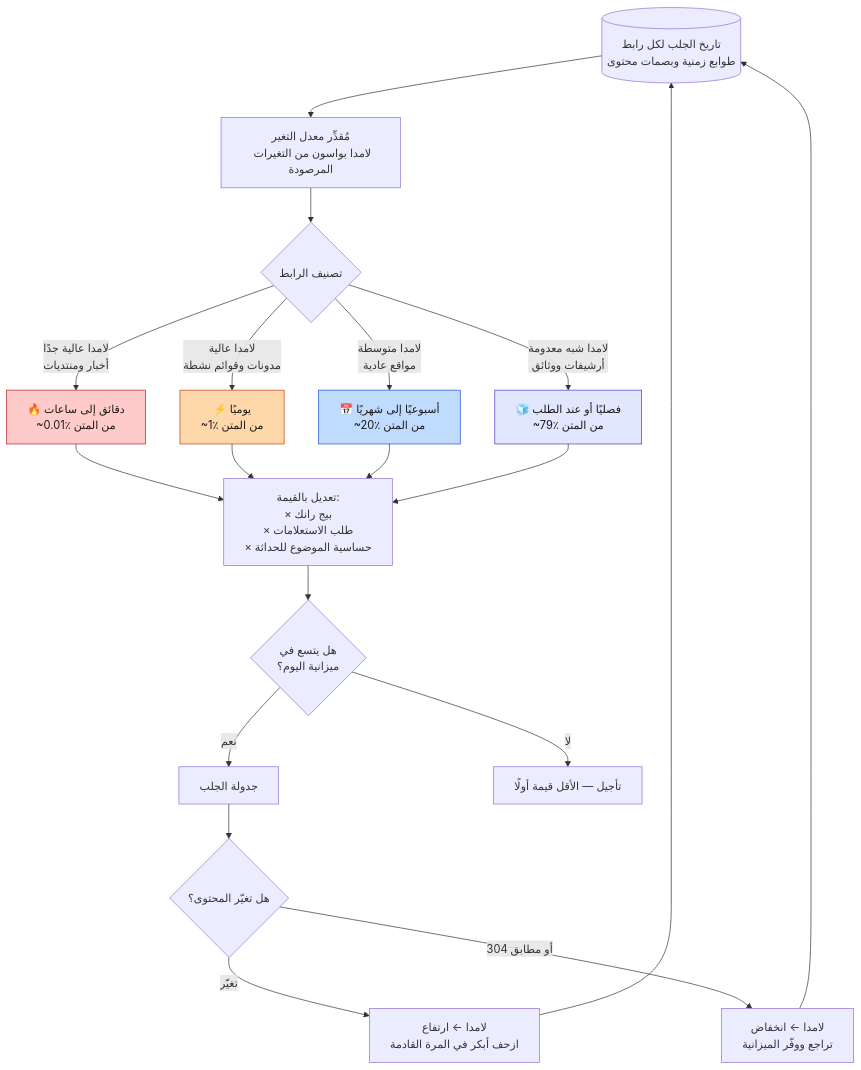
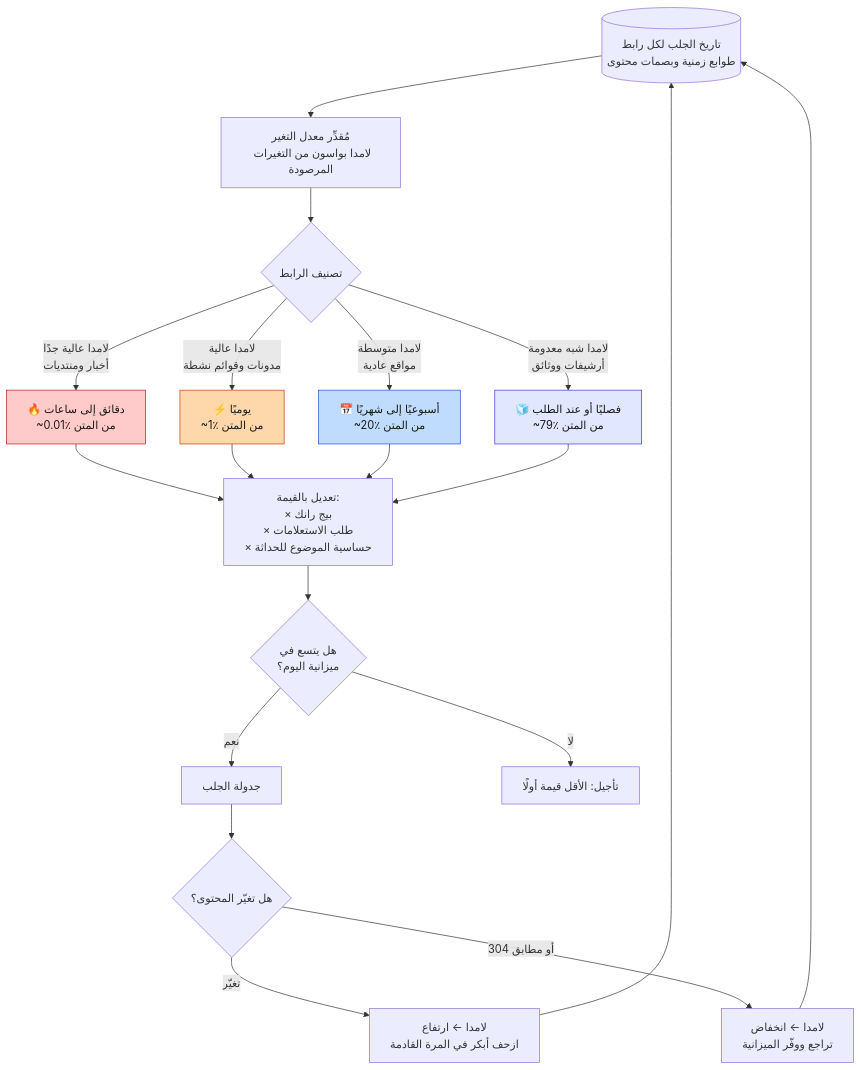
One commit to ahmedselimmansor-ctrl/google-search-system-design changed the sixth of 6 diagrams in docs/ar/04-crawling.md. Above: the diagram before and after it, drawn with Mermaid. The commit also changed other lines of this file and 89 other files, not shown here.

````diff
--- a/docs/ar/04-crawling.md
+++ b/docs/ar/04-crawling.md
@@ -391,33 +391,33 @@
 ```mermaid
 flowchart TB
     HIST[("تاريخ الجلب لكل رابط<br/>طوابع زمنية وبصمات محتوى")]
     HIST --> EST["مُقدِّر معدل التغير<br/>لامدا بواسون من التغيرات المرصودة"]
 
     EST --> CLASS{"تصنيف الرابط"}
 
     CLASS -->|"لامدا عالية جدًا<br/>أخبار ومنتديات"| T1["🔥 دقائق إلى ساعات<br/>~0.01٪ من المتن"]
     CLASS -->|"لامدا عالية<br/>مدونات وقوائم نشطة"| T2["⚡ يوميًا<br/>~1٪ من المتن"]
     CLASS -->|"لامدا متوسطة<br/>مواقع عادية"| T3["📅 أسبوعيًا إلى شهريًا<br/>~20٪ من المتن"]
     CLASS -->|"لامدا شبه معدومة<br/>أرشيفات ووثائق"| T4["🧊 فصليًا أو عند الطلب<br/>~79٪ من المتن"]
 
     T1 & T2 & T3 & T4 --> ADJ["تعديل بالقيمة:<br/>× بيج رانك<br/>× طلب الاستعلامات<br/>× حساسية الموضوع للحداثة"]
 
     ADJ --> BUDGET{"هل يتسع في<br/>ميزانية اليوم؟"}
     BUDGET -->|"نعم"| SCHED["جدولة الجلب"]
-    BUDGET -->|"لا"| DEFER["تأجيل — الأقل قيمة أولًا"]
+    BUDGET -->|"لا"| DEFER["تأجيل: الأقل قيمة أولًا"]
 
     SCHED --> RESULT{"هل تغيّر المحتوى؟"}
     RESULT -->|"تغيّر"| UP["لامدا ← ارتفاع<br/>ازحف أبكر في المرة القادمة"]
     RESULT -->|"304 أو مطابق"| DOWN["لامدا ← انخفاض<br/>تراجع ووفّر الميزانية"]
     UP --> HIST
     DOWN --> HIST
 
     classDef hot fill:#fecaca,stroke:#b91c1c,color:#1c1917
     classDef warm fill:#fed7aa,stroke:#c2410c,color:#1c1917
     classDef cool fill:#bfdbfe,stroke:#1d4ed8,color:#1c1917
     classDef cold fill:#e0e7ff,stroke:#4338ca,color:#1c1917
     class T1 hot
     class T2 warm
     class T3 cool
     class T4 cold
 ```
````
